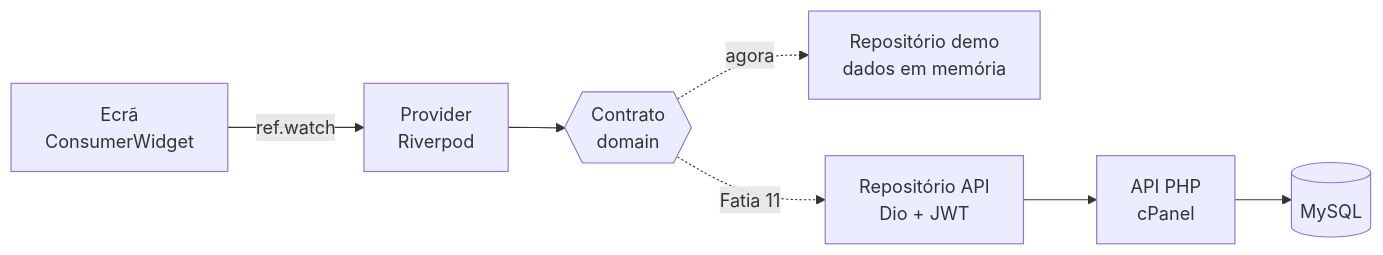
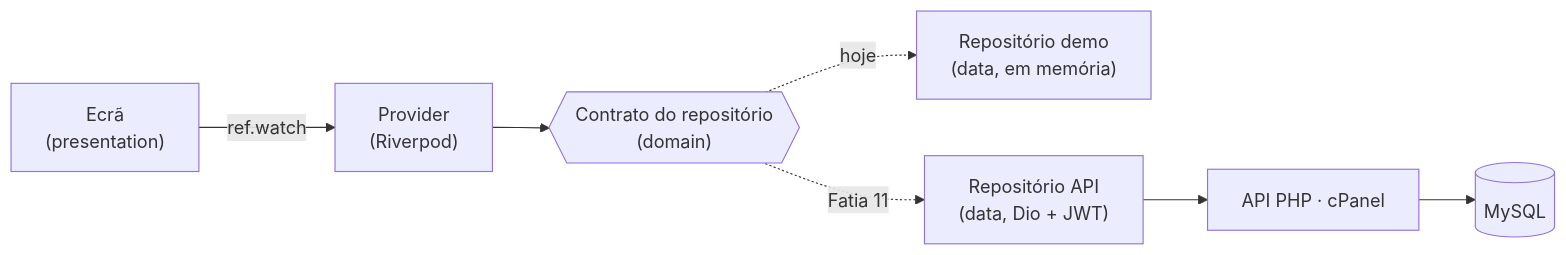
Before and after one commit to rsflecha/cubico_backoffice: the diagram in docs/architecture.md, drawn with Mermaid. The commit also changed other lines of this file and 50 other files, not shown here.

````diff
--- a/docs/architecture.md
+++ b/docs/architecture.md
@@ -84,9 +12,8 @@
 ```mermaid
 flowchart LR
-    E[Ecrã<br/>ConsumerWidget] -- ref.watch --> P[Provider<br/>Riverpod]
-    P --> C{{Contrato<br/>domain}}
-    C -. agora .-> D[Repositório demo<br/>dados em memória]
-    C -. Fatia 11 .-> A[Repositório API<br/>Dio + JWT]
-    A --> S[API PHP<br/>cPanel]
-    S --> B[(MySQL)]
+    UI["Ecrã<br/>(presentation)"] -- ref.watch --> P["Provider<br/>(Riverpod)"]
+    P --> R{{"Contrato do repositório<br/>(domain)"}}
+    R -. hoje .-> D["Repositório demo<br/>(data, em memória)"]
+    R -. Fatia 11 .-> A["Repositório API<br/>(data, Dio + JWT)"]
+    A --> S["API PHP · cPanel"] --> B[("MySQL")]
 ```
````
